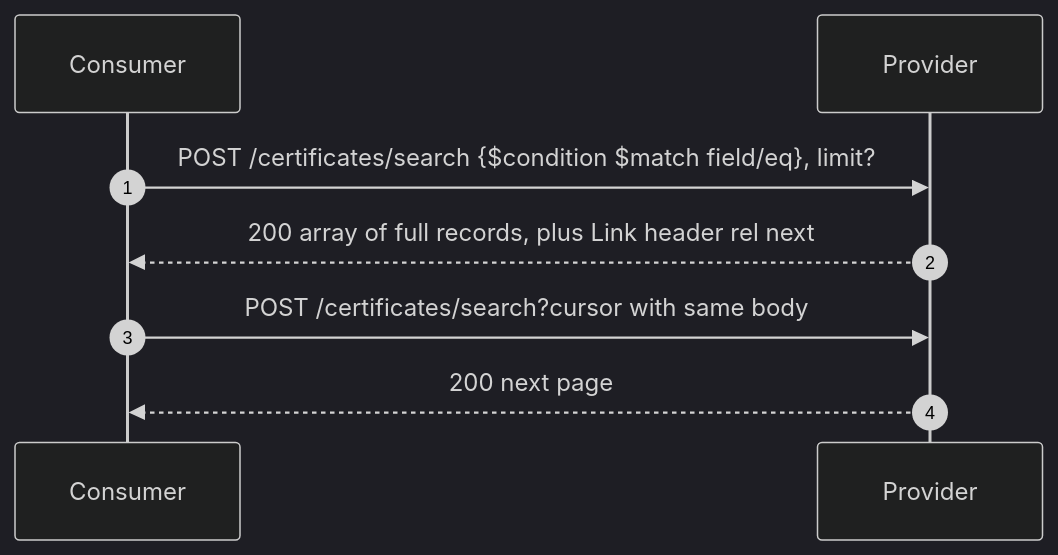
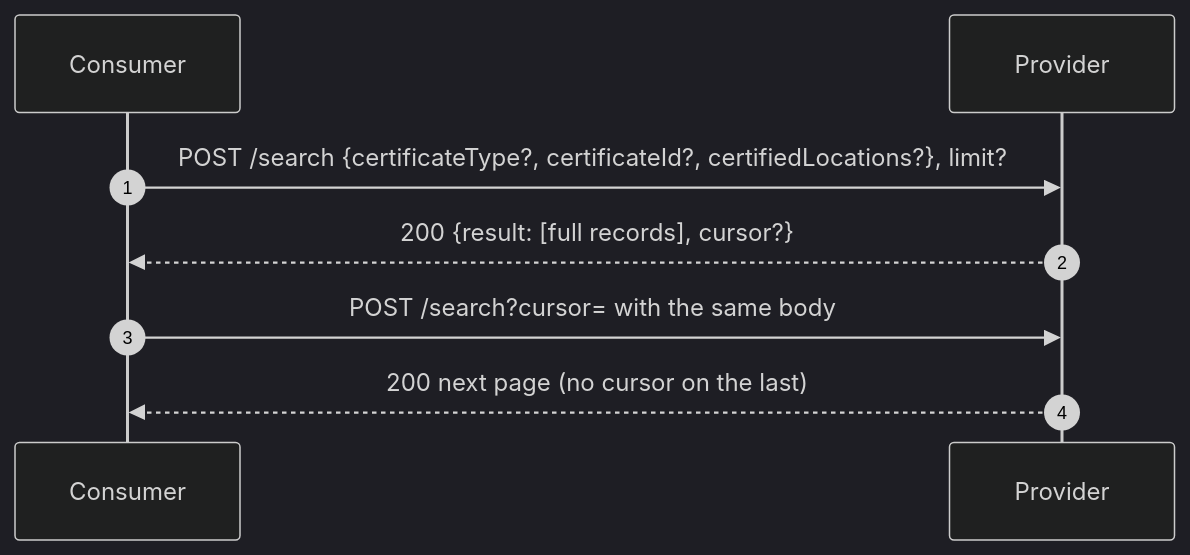
Before and after one commit to Metaform/certo: the fifth of 5 diagrams in docs/FLOWS.md, drawn with Mermaid (dark theme). The commit also changed other lines of this file and 163 other files, not shown here.

````diff
--- a/docs/FLOWS.md
+++ b/docs/FLOWS.md
@@ -232,10 +231,10 @@
 ```mermaid
 sequenceDiagram
     autonumber
     participant C as Consumer
     participant P as Provider
-    C->>P: POST /certificates/search {$condition $match field/eq}, limit?
-    P-->>C: 200 array of full records, plus Link header rel next
-    C->>P: POST /certificates/search?cursor with same body
-    P-->>C: 200 next page
+    C->>P: POST /search {certificateType?, certificateId?, certifiedLocations?}, limit?
+    P-->>C: 200 {result: [full records], cursor?}
+    C->>P: POST /search?cursor= with the same body
+    P-->>C: 200 next page (no cursor on the last)
 ```
````
